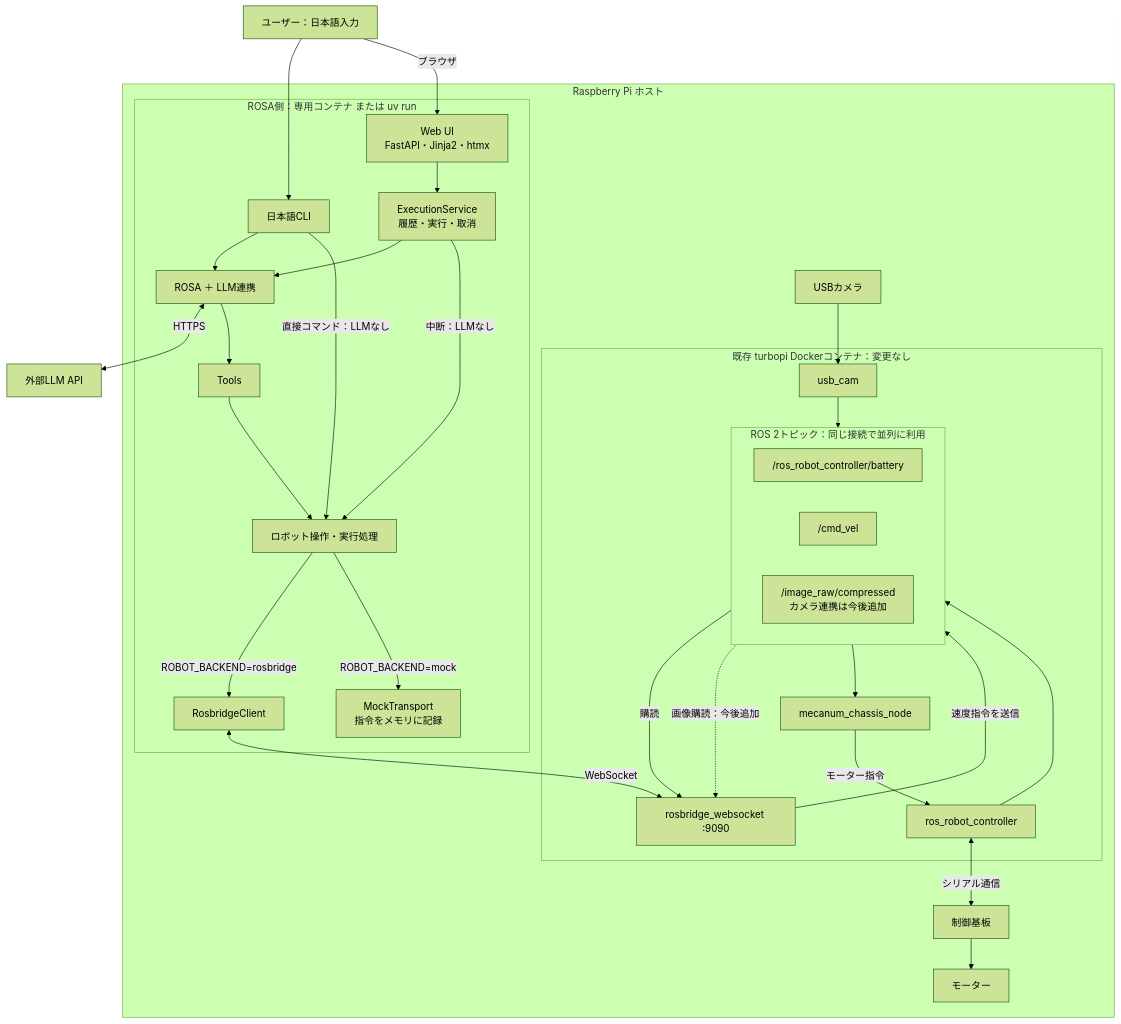
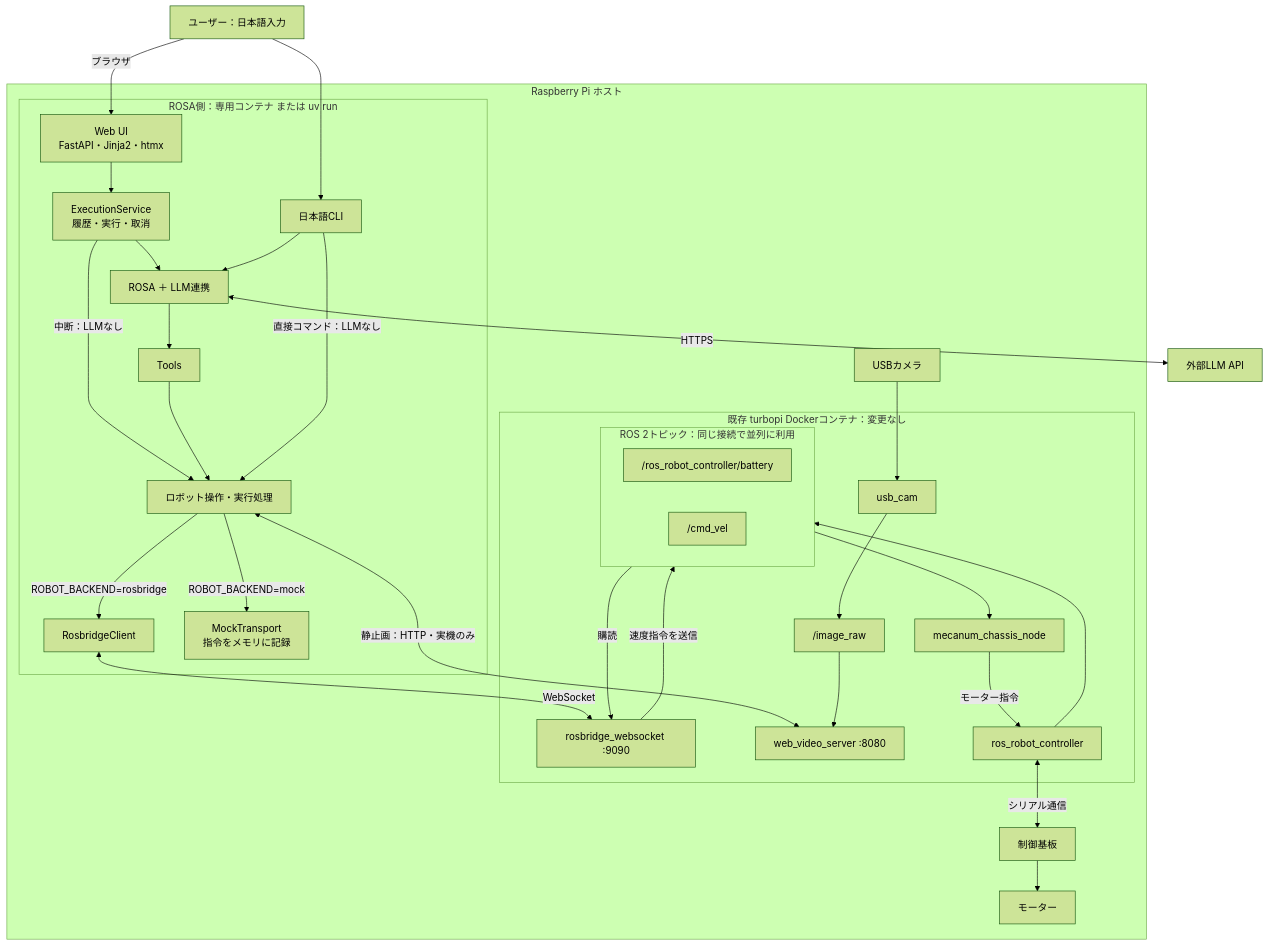
One commit to kyoto-kaira/rosa-turbopi changed the first of 4 diagrams in docs/architecture.md. Above: the diagram before and after it, drawn with Mermaid (forest theme). The commit also changed other lines of this file and 2 other files, not shown here.

````diff
--- a/docs/architecture.md
+++ b/docs/architecture.md
@@ -26,60 +26,62 @@
 ```mermaid
 flowchart TB
     User["ユーザー：日本語入力"]
 
     subgraph Host["Raspberry Pi ホスト"]
         subgraph ROSA["ROSA側：専用コンテナ または uv run"]
             CLI["日本語CLI"]
             Web["Web UI<br/>FastAPI・Jinja2・htmx"]
             Execution["ExecutionService<br/>履歴・実行・取消"]
             Agent["ROSA ＋ LLM連携"]
             Tools["Tools"]
             Robot["ロボット操作・実行処理"]
             Bridge["RosbridgeClient"]
             Mock["MockTransport<br/>指令をメモリに記録"]
         end
 
         subgraph Existing["既存 turbopi Dockerコンテナ：変更なし"]
             Rosbridge["rosbridge_websocket :9090"]
             subgraph Topics["ROS 2トピック：同じ接続で並列に利用"]
                 direction LR
                 Battery["/ros_robot_controller/battery"]
                 CmdVel["/cmd_vel"]
-                Camera["/image_raw/compressed<br/>カメラ連携は今後追加"]
             end
+            Camera["/image_raw"]
+            VideoServer["web_video_server :8080"]
             Chassis["mecanum_chassis_node"]
             Controller["ros_robot_controller"]
             CameraNode["usb_cam"]
         end
 
         Board["制御基板"]
         Motors["モーター"]
         USB["USBカメラ"]
     end
 
     LLM["外部LLM API"]
     User --> CLI
     User -->|ブラウザ| Web
     Web --> Execution
     Execution --> Agent
     Execution -->|中断：LLMなし| Robot
     CLI --> Agent
     Agent <-->|HTTPS| LLM
     Agent --> Tools
     Tools --> Robot
     CLI -->|直接コマンド：LLMなし| Robot
     Robot -->|ROBOT_BACKEND=rosbridge| Bridge
     Robot -->|ROBOT_BACKEND=mock| Mock
 
     Bridge <-->|WebSocket| Rosbridge
     Battery -->|購読| Rosbridge
     Rosbridge -->|速度指令を送信| CmdVel
-    Camera -.->|画像購読：今後追加| Rosbridge
+    Robot <-->|静止画：HTTP・実機のみ| VideoServer
     CmdVel --> Chassis
     Chassis -->|モーター指令| Controller
     Controller --> Battery
     Controller <-->|シリアル通信| Board
     Board --> Motors
     USB --> CameraNode
     CameraNode --> Camera
+    Camera --> VideoServer
 ```
````
